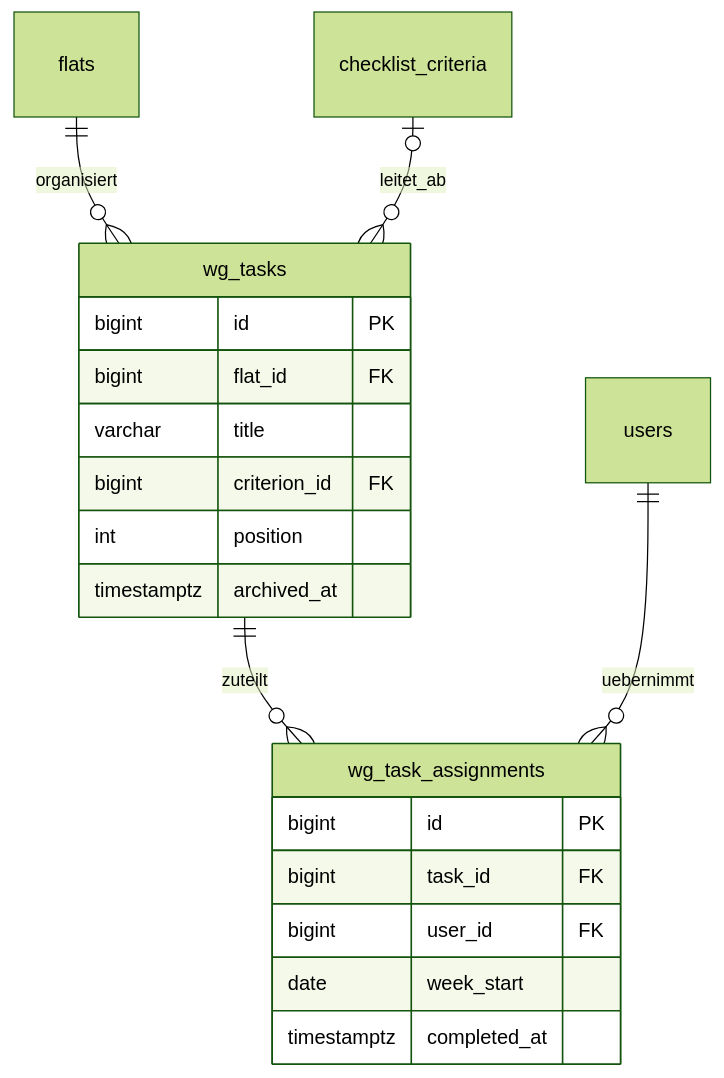
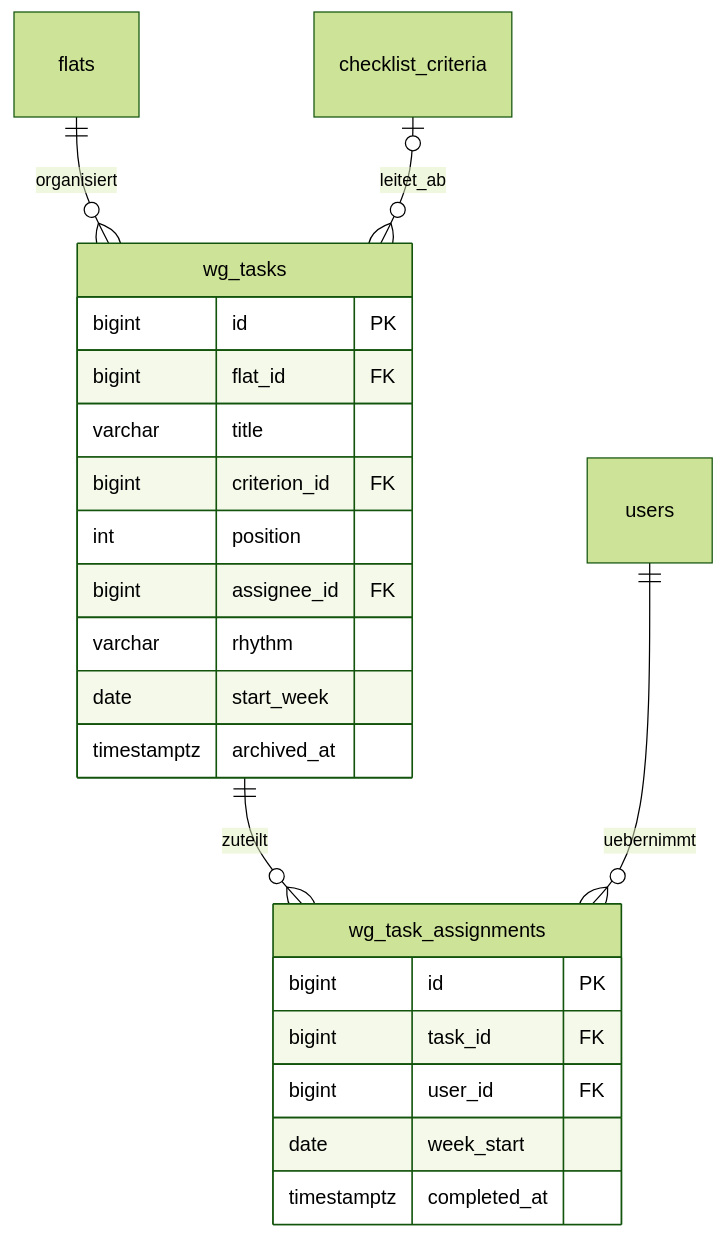
Before and after one commit to Sybit-Education/AUME2026: the eighth of 10 diagrams in docs/architektur/datenmodell.md, drawn with Mermaid (forest theme). The commit also changed other lines of this file and 38 other files, not shown here.

````diff
--- a/docs/architektur/datenmodell.md
+++ b/docs/architektur/datenmodell.md
@@ -330,23 +330,26 @@
 ```mermaid
 erDiagram
     flats ||--o{ wg_tasks : organisiert
     checklist_criteria |o--o{ wg_tasks : leitet_ab
     wg_tasks ||--o{ wg_task_assignments : zuteilt
     users ||--o{ wg_task_assignments : uebernimmt
 
     wg_tasks {
         bigint id PK
         bigint flat_id FK
         varchar title
         bigint criterion_id FK
         int position
+        bigint assignee_id FK
+        varchar rhythm
+        date start_week
         timestamptz archived_at
     }
     wg_task_assignments {
         bigint id PK
         bigint task_id FK
         bigint user_id FK
         date week_start
         timestamptz completed_at
     }
 ```
````
